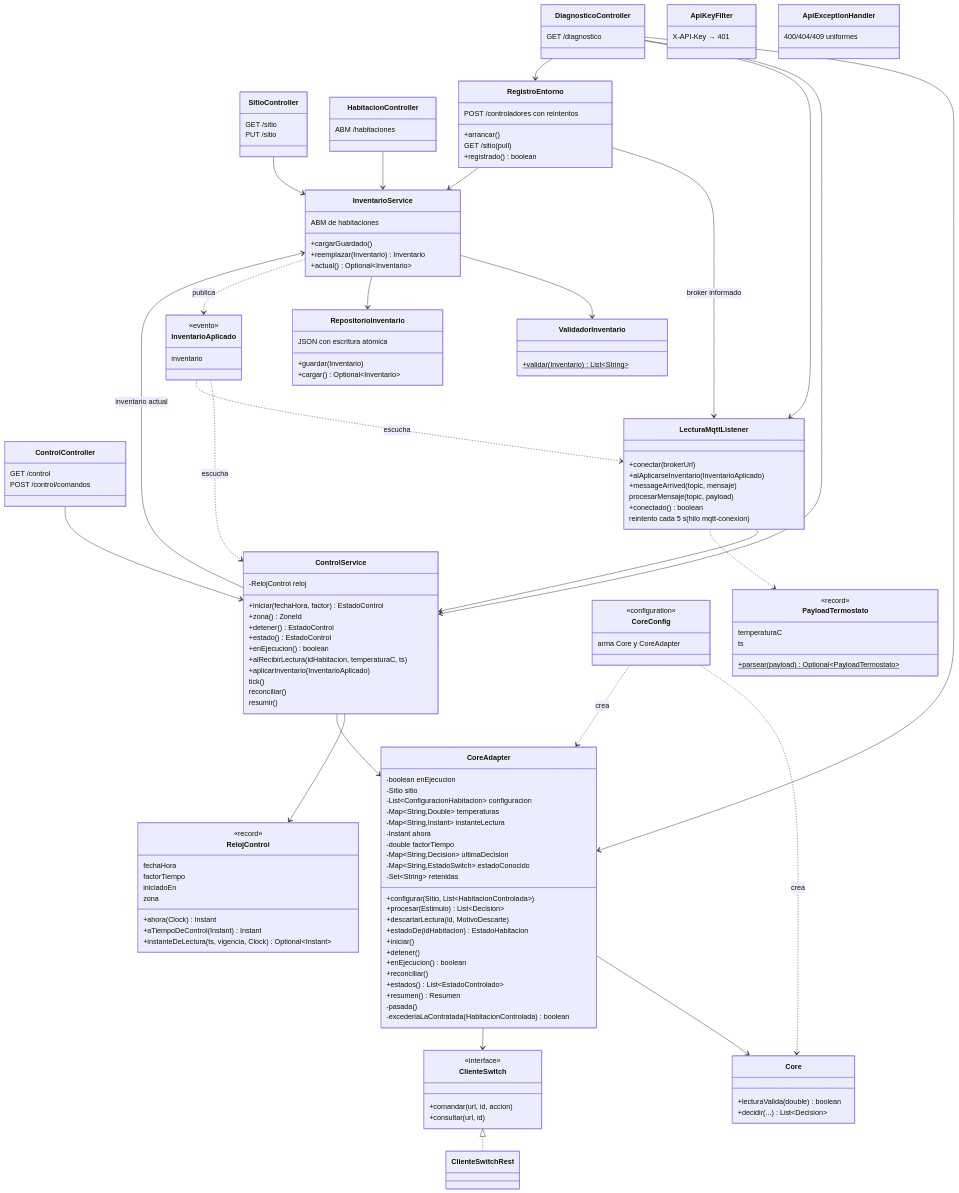
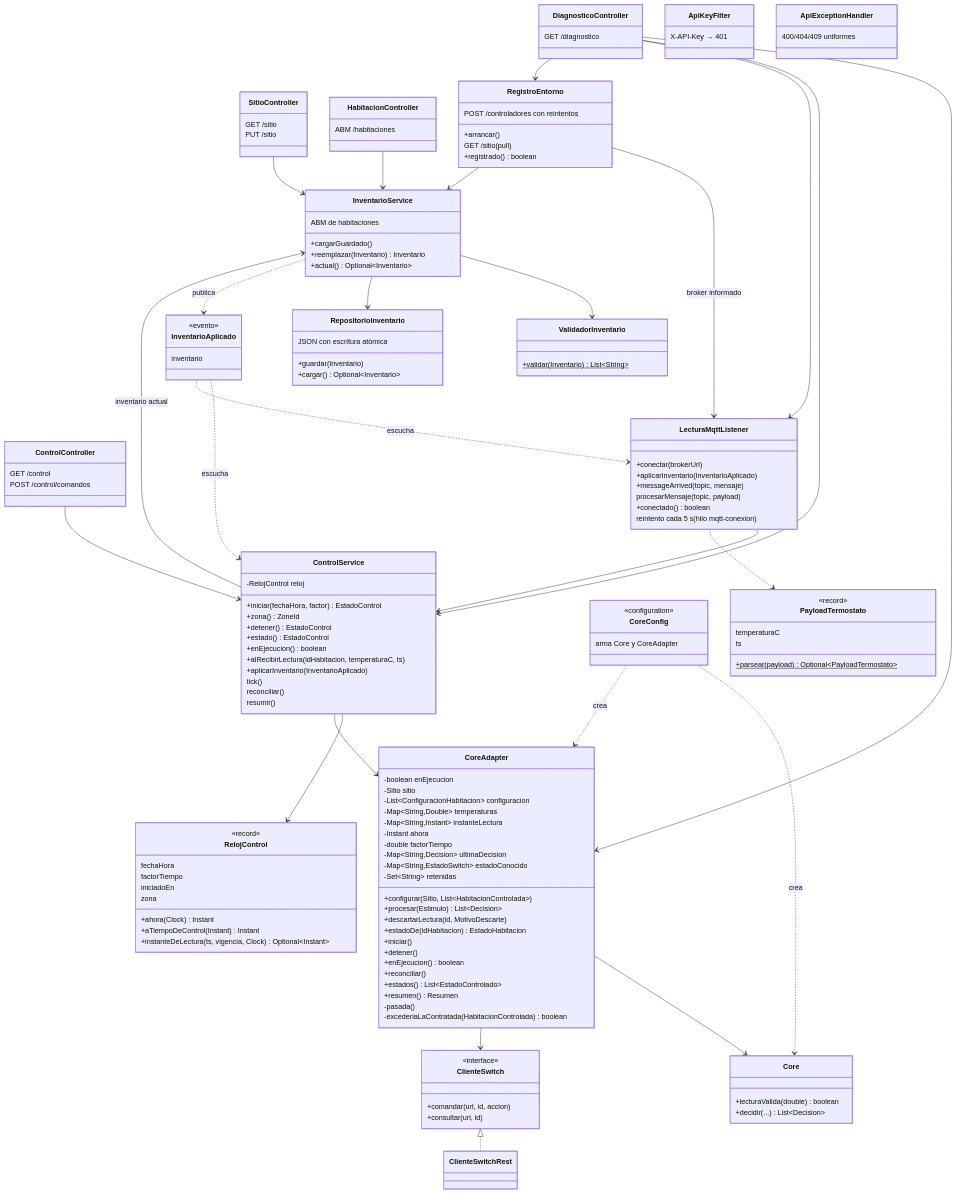
Before and after one commit to BrayanBCode/iiss-2026-grupo-4: the third of 9 diagrams in docs/arquitectura/4mas1.md, drawn with Mermaid. The commit also changed 1 other file, not shown here.

Commit message:
engine: nombres más claros y comentarios en LecturaMqttListener

```diff
--- a/docs/arquitectura/4mas1.md
+++ b/docs/arquitectura/4mas1.md
@@ -314,7 +314,7 @@
 
     class LecturaMqttListener {
       +conectar(brokerUrl)
-      +alAplicarseInventario(InventarioAplicado)
+      +aplicarInventario(InventarioAplicado)
       +messageArrived(topic, mensaje)
       procesarMensaje(topic, payload)
       +conectado() boolean
```
